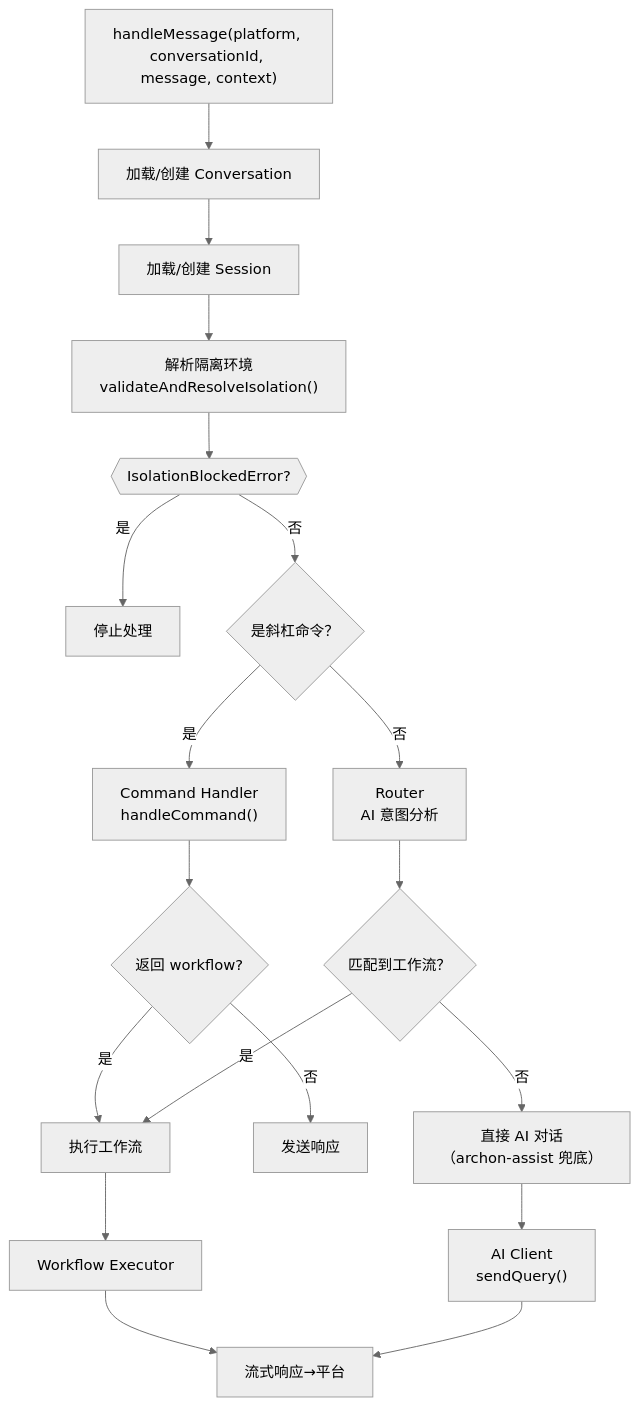
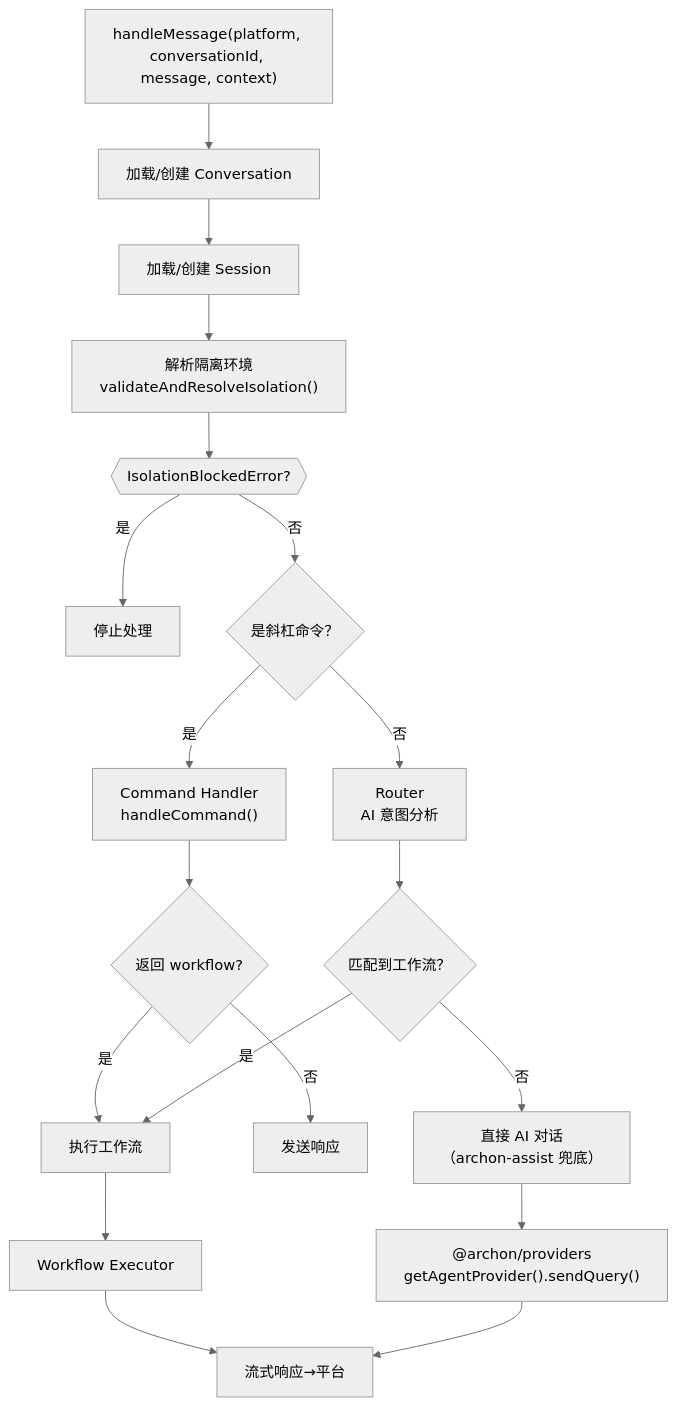
One commit to ljie-PI/code-deep-dive changed the diagram in archon/06-core-business-logic.md. Above: the diagram before and after it, drawn with Mermaid. The commit also changed other lines of this file and 13 other files, not shown here.

````diff
--- a/archon/06-core-business-logic.md
+++ b/archon/06-core-business-logic.md
@@ -21,27 +29,27 @@
 ```mermaid
 %%{init: {'theme': 'neutral'}}%%
 flowchart TD
     Start["handleMessage(platform, conversationId, message, context)"]
     Start --> LoadConv["加载/创建 Conversation"]
     LoadConv --> LoadSession["加载/创建 Session"]
     LoadSession --> ResolveIsolation["解析隔离环境<br/>validateAndResolveIsolation()"]
     ResolveIsolation --> Blocked{{"IsolationBlockedError?"}}
     Blocked -->|是| Stop["停止处理"]
     Blocked -->|否| CheckCmd{"是斜杠命令？"}
 
     CheckCmd -->|是| CmdHandler["Command Handler<br/>handleCommand()"]
     CmdHandler --> CmdResult{"返回 workflow?"}
     CmdResult -->|是| ExecWF["执行工作流"]
     CmdResult -->|否| SendResponse["发送响应"]
 
     CheckCmd -->|否| Router["Router<br/>AI 意图分析"]
     Router --> Matched{"匹配到工作流？"}
     Matched -->|是| ExecWF
     Matched -->|否| DirectAI["直接 AI 对话<br/>（archon-assist 兜底）"]
 
     ExecWF --> Executor["Workflow Executor"]
-    DirectAI --> AIClient["AI Client<br/>sendQuery()"]
+    DirectAI --> Provider["@archon/providers<br/>getAgentProvider().sendQuery()"]
 
     Executor --> Stream["流式响应→平台"]
-    AIClient --> Stream
+    Provider --> Stream
 ```
````
